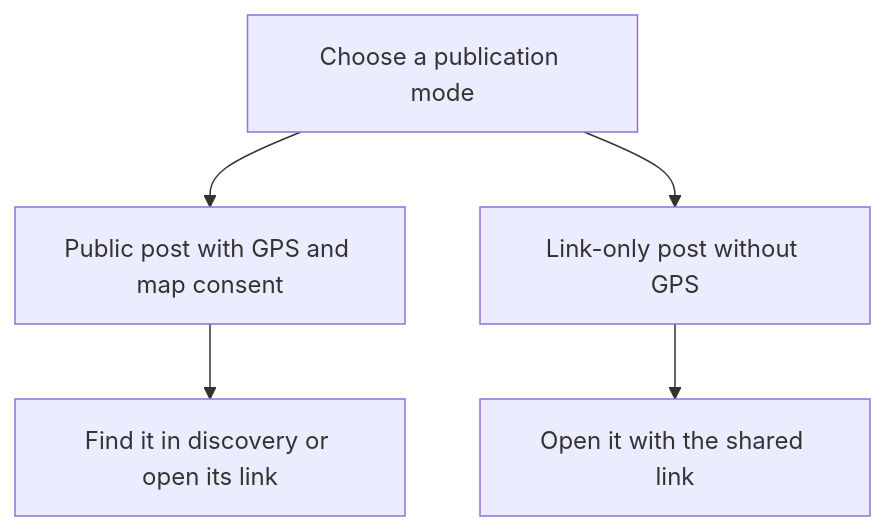
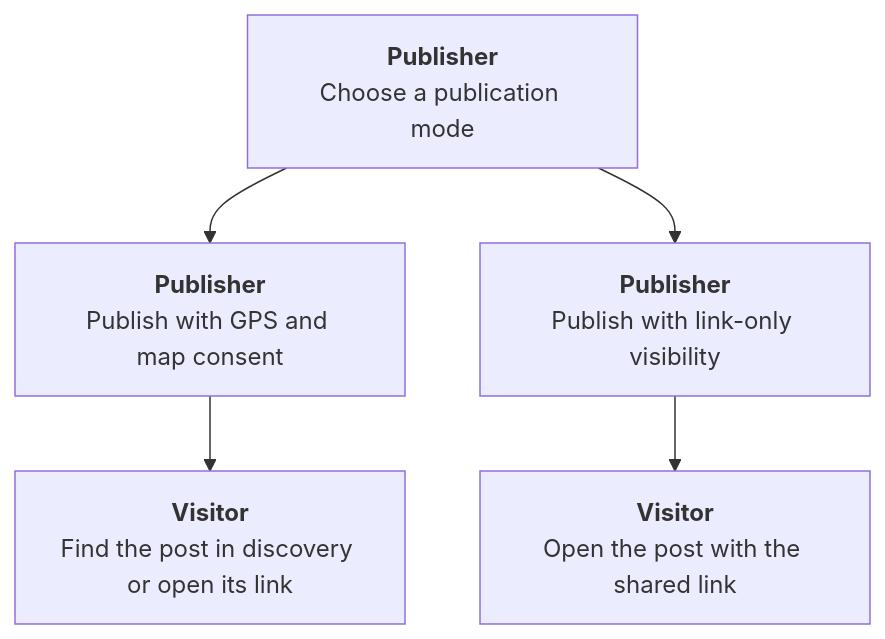
Before and after one commit to ChrisXHLeung/ScaleTag: the sixth of 11 diagrams in README.md, drawn with Mermaid. The commit also changed other lines of this file and 4 other files, not shown here.

````diff
--- a/README.md
+++ b/README.md
@@ -84,7 +90,7 @@
 ```mermaid
 flowchart TD
-    A["Choose a publication mode"] --> B["Public post with GPS and map consent"]
-    A --> C["Link-only post without GPS"]
-    B --> D["Find it in discovery or open its link"]
-    C --> E["Open it with the shared link"]
+    A["<b>Publisher</b><br/>Choose a publication mode"] --> B["<b>Publisher</b><br/>Publish with GPS and map consent"]
+    A --> C["<b>Publisher</b><br/>Publish with link-only visibility"]
+    B --> D["<b>Visitor</b><br/>Find the post in discovery or open its link"]
+    C --> E["<b>Visitor</b><br/>Open the post with the shared link"]
 ```
````
